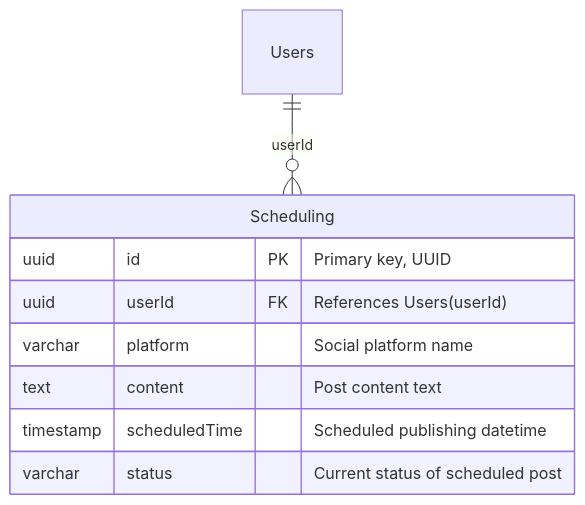
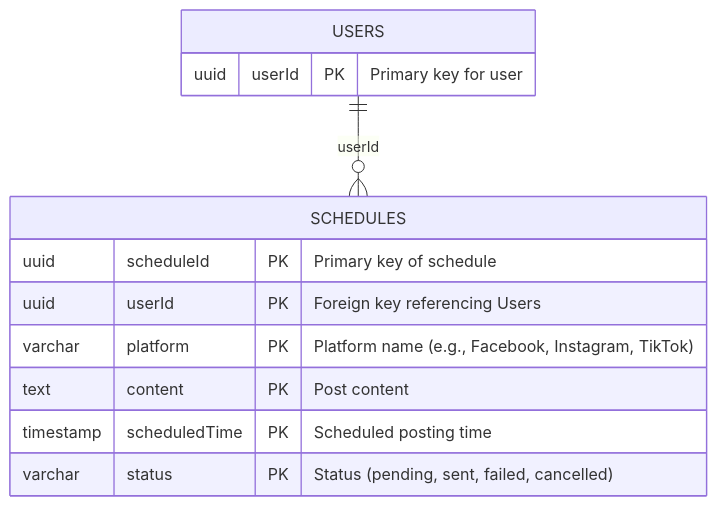
Before and after one commit to hainguyen81/enterprise-it-ai: the first of 3 diagrams in sources/output/business-analysis/ba.md, drawn with Mermaid. The commit also changed other lines of this file and 4 other files, not shown here.

````diff
--- a/sources/output/business-analysis/ba.md
+++ b/sources/output/business-analysis/ba.md
@@ -73,12 +70,15 @@
-    ```mermaid
-    erDiagram
-        Users ||--o{ Scheduling : "userId"
-        Scheduling {
-          uuid id PK "Primary key, UUID"
-          uuid userId FK "References Users(userId)"
-          varchar platform "Social platform name"
-          text content "Post content text"
-          timestamp scheduledTime "Scheduled publishing datetime"
-          varchar status "Current status of scheduled post"
-        }
-    ```
+```mermaid
+erDiagram
+    USERS {
+        uuid userId PK "Primary key for user"
+    }
+    SCHEDULES {
+        uuid scheduleId PK "Primary key of schedule"
+        uuid userId PK "Foreign key referencing Users"
+        varchar platform PK "Platform name (e.g., Facebook, Instagram, TikTok)"
+        text content PK "Post content"
+        timestamp scheduledTime PK "Scheduled posting time"
+        varchar status PK "Status (pending, sent, failed, cancelled)"
+    }
+    USERS ||--o{ SCHEDULES : "userId"
+```
````
